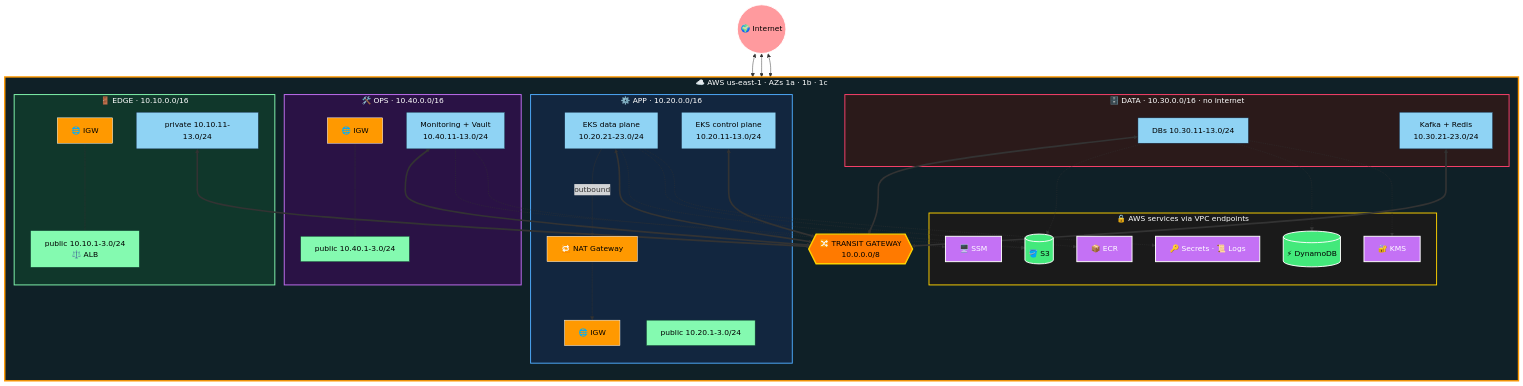
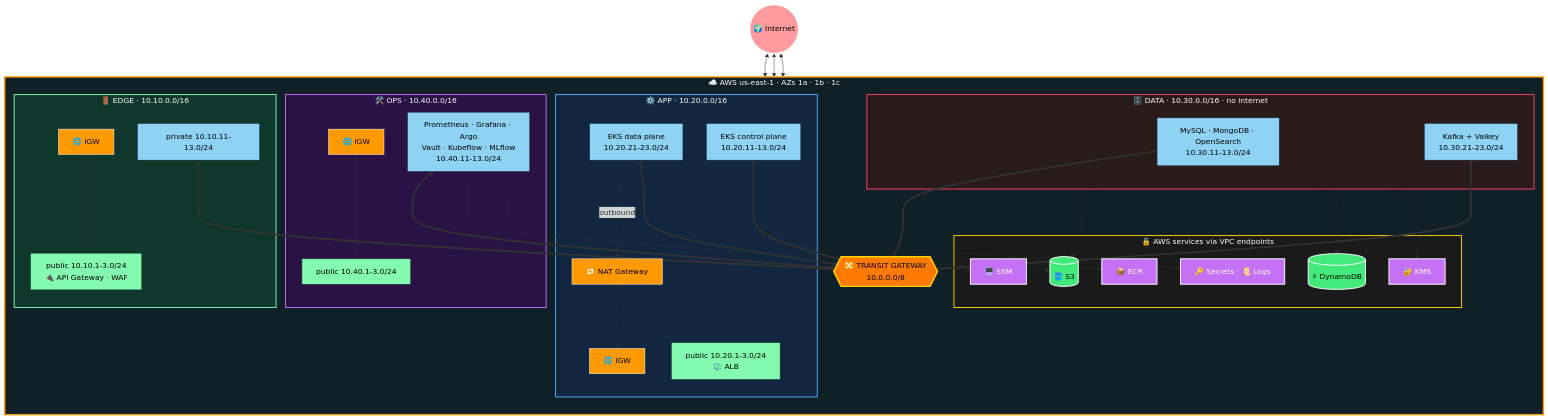
Before and after one commit to muntaha747/FinTech-Enterprise-Project: diagram 22 of 31 in README.md, drawn with Mermaid. The commit also changed other lines of this file and 4 other files, not shown here.

First line of the commit message:
README: project overview, infrastructure layers and regional architecture diagrams [skip ci]

````diff
--- a/README.md
+++ b/README.md
@@ -770,75 +931,75 @@
 ```mermaid
 flowchart TB
     INET((🌍 Internet)):::net
 
     subgraph REGION["☁️ AWS us-east-1 · AZs 1a · 1b · 1c"]
         direction TB
 
         subgraph EDGE["🚪 EDGE · 10.10.0.0/16"]
             EIGW[🌐 IGW]:::gw
-            EPUB[public 10.10.1-3.0/24<br/>⚖️ ALB]:::pub
+            EPUB[public 10.10.1-3.0/24<br/>🔌 API Gateway · WAF]:::pub
             EPRIV[private 10.10.11-13.0/24]:::priv
         end
 
         subgraph APP["⚙️ APP · 10.20.0.0/16"]
             AIGW[🌐 IGW]:::gw
             ANAT[🔁 NAT Gateway]:::gw
-            APUB[public 10.20.1-3.0/24]:::pub
+            APUB[public 10.20.1-3.0/24<br/>⚖️ ALB]:::pub
             ACP[EKS control plane<br/>10.20.11-13.0/24]:::priv
             ADP[EKS data plane<br/>10.20.21-23.0/24]:::priv
         end
 
         subgraph DATA["🗄️ DATA · 10.30.0.0/16 · no internet"]
-            DDB[DBs 10.30.11-13.0/24]:::priv
-            DKF[Kafka + Redis<br/>10.30.21-23.0/24]:::priv
+            DDB[MySQL · MongoDB · OpenSearch<br/>10.30.11-13.0/24]:::priv
+            DKF[Kafka + Valkey<br/>10.30.21-23.0/24]:::priv
         end
 
         subgraph OPS["🛠️ OPS · 10.40.0.0/16"]
             OIGW[🌐 IGW]:::gw
             OPUB[public 10.40.1-3.0/24]:::pub
-            OPRIV[Monitoring + Vault<br/>10.40.11-13.0/24]:::priv
+            OPRIV[Prometheus · Grafana · Argo<br/>Vault · Kubeflow · MLflow<br/>10.40.11-13.0/24]:::priv
         end
 
         TGW{{"🔀 TRANSIT GATEWAY<br/>10.0.0.0/8"}}:::tgw
 
         subgraph AWS["🔒 AWS services via VPC endpoints"]
             S3[(🪣 S3)]:::gwep
             DYN[(⚡ DynamoDB)]:::gwep
             ECR[📦 ECR]:::ifep
             SEC[🔑 Secrets · 📜 Logs]:::ifep
             KMS[🔐 KMS]:::ifep
             SSM[🖥️ SSM]:::ifep
         end
     end
 
     INET <--> EIGW --- EPUB
     INET <--> AIGW
     INET <--> OIGW --- OPUB
     ADP -->|outbound| ANAT --> AIGW
 
     EPRIV <==> TGW
     ACP <==> TGW
     ADP <==> TGW
     DDB <==> TGW
     DKF <==> TGW
     OPRIV <==> TGW
 
     ADP -.-> S3 & ECR & SEC
     DDB -.-> S3 & DYN & KMS
     OPRIV -.-> S3 & SSM
 
     classDef net fill:#ff9a9e,stroke:#fff,color:#000,stroke-width:2px
     classDef gw fill:#ff9900,stroke:#fff,color:#000
     classDef pub fill:#84fab0,stroke:#0b3d2e,color:#000
     classDef priv fill:#8fd3f4,stroke:#12263f,color:#000
     classDef tgw fill:#ff7a00,stroke:#ffd200,color:#000,stroke-width:3px
     classDef gwep fill:#43e97b,stroke:#fff,color:#000,stroke-width:2px
     classDef ifep fill:#c471f5,stroke:#fff,color:#fff,stroke-width:2px
 
     style REGION fill:#0f2027,stroke:#ff9900,color:#fff,stroke-width:3px
     style EDGE fill:#10372b,stroke:#84fab0,color:#fff,stroke-width:2px
     style APP fill:#12263f,stroke:#4facfe,color:#fff,stroke-width:2px
     style DATA fill:#2b1a1a,stroke:#ff416c,color:#fff,stroke-width:2px
     style OPS fill:#2a1245,stroke:#c471f5,color:#fff,stroke-width:2px
     style AWS fill:#1a1a1a,stroke:#ffd200,color:#fff,stroke-width:2px
 ```
````
